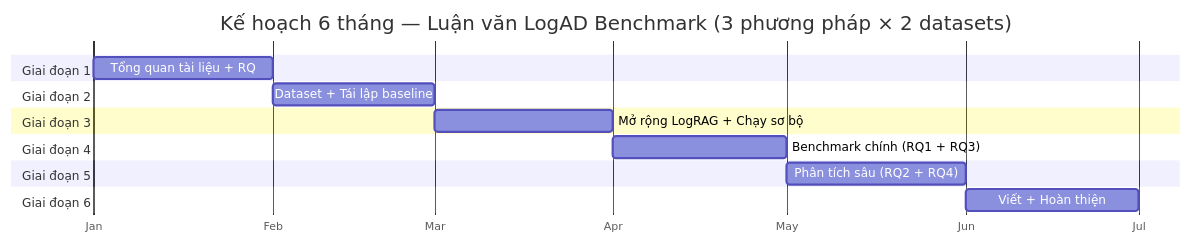
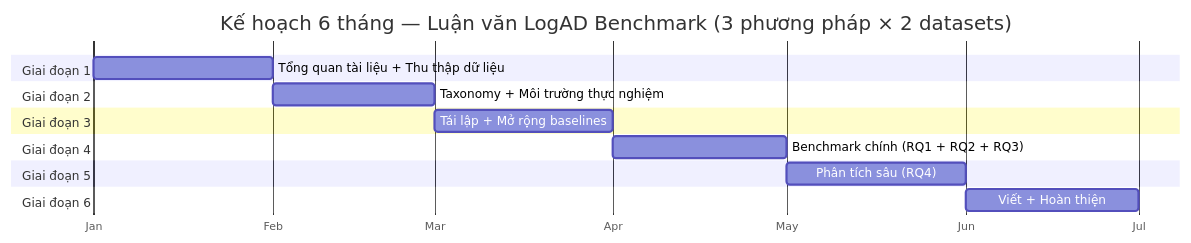
One commit to rubyhcm/code-papers changed the diagram in ke_hoach_thuc_hien.md. Above: the diagram before and after it, drawn with Mermaid. The commit also changed other lines of this file and 2 other files, not shown here.

````diff
--- a/ke_hoach_thuc_hien.md
+++ b/ke_hoach_thuc_hien.md
@@ -7,24 +12,24 @@
 ```mermaid
 gantt
     title Kế hoạch 6 tháng — Luận văn LogAD Benchmark (3 phương pháp × 2 datasets)
     dateFormat  YYYY-MM
     axisFormat  %b
 
     section Giai đoạn 1
-    Tổng quan tài liệu + RQ           :g1, 2027-01, 1M
+    Tổng quan tài liệu + Thu thập dữ liệu    :g1, 2027-01, 1M
 
     section Giai đoạn 2
-    Dataset + Tái lập baseline         :g2, after g1, 1M
+    Taxonomy + Môi trường thực nghiệm         :g2, after g1, 1M
 
     section Giai đoạn 3
-    Mở rộng LogRAG + Chạy sơ bộ        :g3, after g2, 1M
+    Tái lập + Mở rộng baselines              :g3, after g2, 1M
 
     section Giai đoạn 4
-    Benchmark chính (RQ1 + RQ3)        :g4, after g3, 1M
+    Benchmark chính (RQ1 + RQ2 + RQ3)        :g4, after g3, 1M
 
     section Giai đoạn 5
-    Phân tích sâu (RQ2 + RQ4)         :g5, after g4, 1M
+    Phân tích sâu (RQ4)                      :g5, after g4, 1M
 
     section Giai đoạn 6
-    Viết + Hoàn thiện                  :g6, after g5, 1M
+    Viết + Hoàn thiện                         :g6, after g5, 1M
 ```
````
